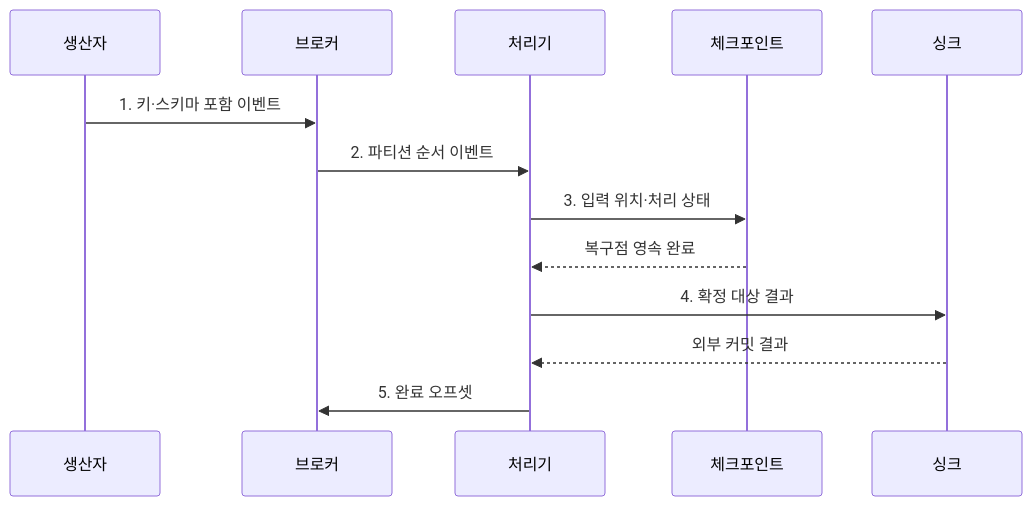
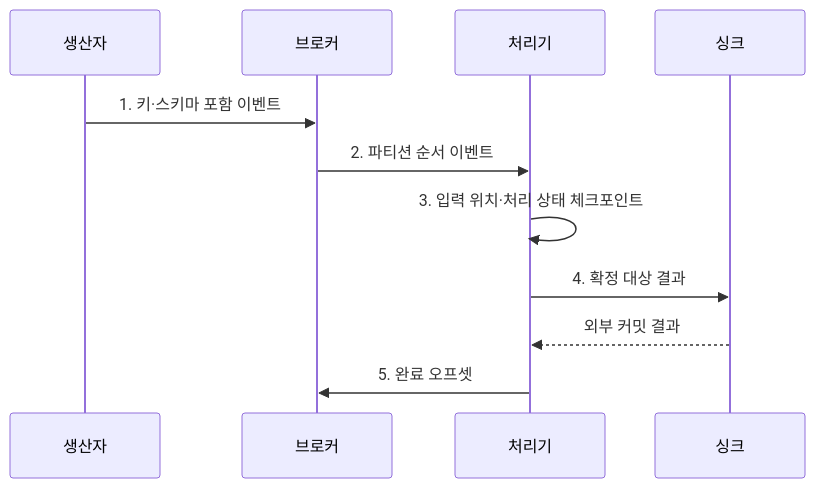
The second of 2 diagrams in src/content/docs/notes/03-software/122_real_time_streaming_platform.md (agnusdei1207/knowledge-base), drawn with Mermaid before and after one commit. The commit also changed other lines of this file and 9 other files, not shown here.

Commit message:
Trim data engineering diagram actors

````diff
--- a/src/content/docs/notes/03-software/122_real_time_streaming_platform.md
+++ b/src/content/docs/notes/03-software/122_real_time_streaming_platform.md
@@ -100,15 +100,13 @@
 ```mermaid
 sequenceDiagram
     participant P as 생산자
     participant B as 브로커
     participant E as 처리기
-    participant C as 체크포인트
     participant S as 싱크
     P->>B: 1. 키·스키마 포함 이벤트
     B->>E: 2. 파티션 순서 이벤트
-    E->>C: 3. 입력 위치·처리 상태
-    C-->>E: 복구점 영속 완료
+    E->>E: 3. 입력 위치·처리 상태 체크포인트
     E->>S: 4. 확정 대상 결과
     S-->>E: 외부 커밋 결과
     E->>B: 5. 완료 오프셋
 ```
````
